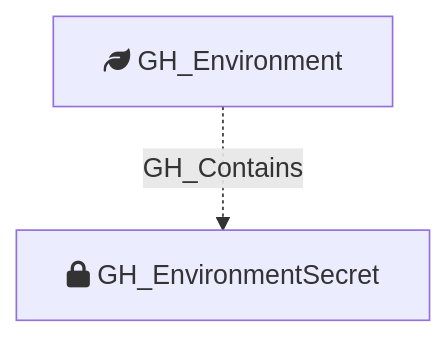
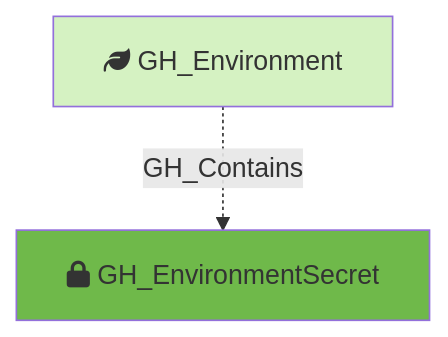
Before and after one commit to SpecterOps/bloodhound-docs: the diagram in docs/opengraph/extensions/githound/reference/nodes/gh_environmentsecret.mdx, drawn with Mermaid. The commit also changed other lines of this file and 52 other files, not shown here.

````diff
--- a/docs/opengraph/extensions/githound/reference/nodes/gh_environmentsecret.mdx
+++ b/docs/opengraph/extensions/githound/reference/nodes/gh_environmentsecret.mdx
@@ -46,8 +58,10 @@
 ```mermaid
 flowchart TD
     GH_Environment[fa:fa-leaf GH_Environment]
     GH_EnvironmentSecret[fa:fa-lock GH_EnvironmentSecret]
 
+    style GH_Environment fill:#D5F2C2
+    style GH_EnvironmentSecret fill:#6FB94A
 
     GH_Environment -.->|GH_Contains| GH_EnvironmentSecret
 ```
````
